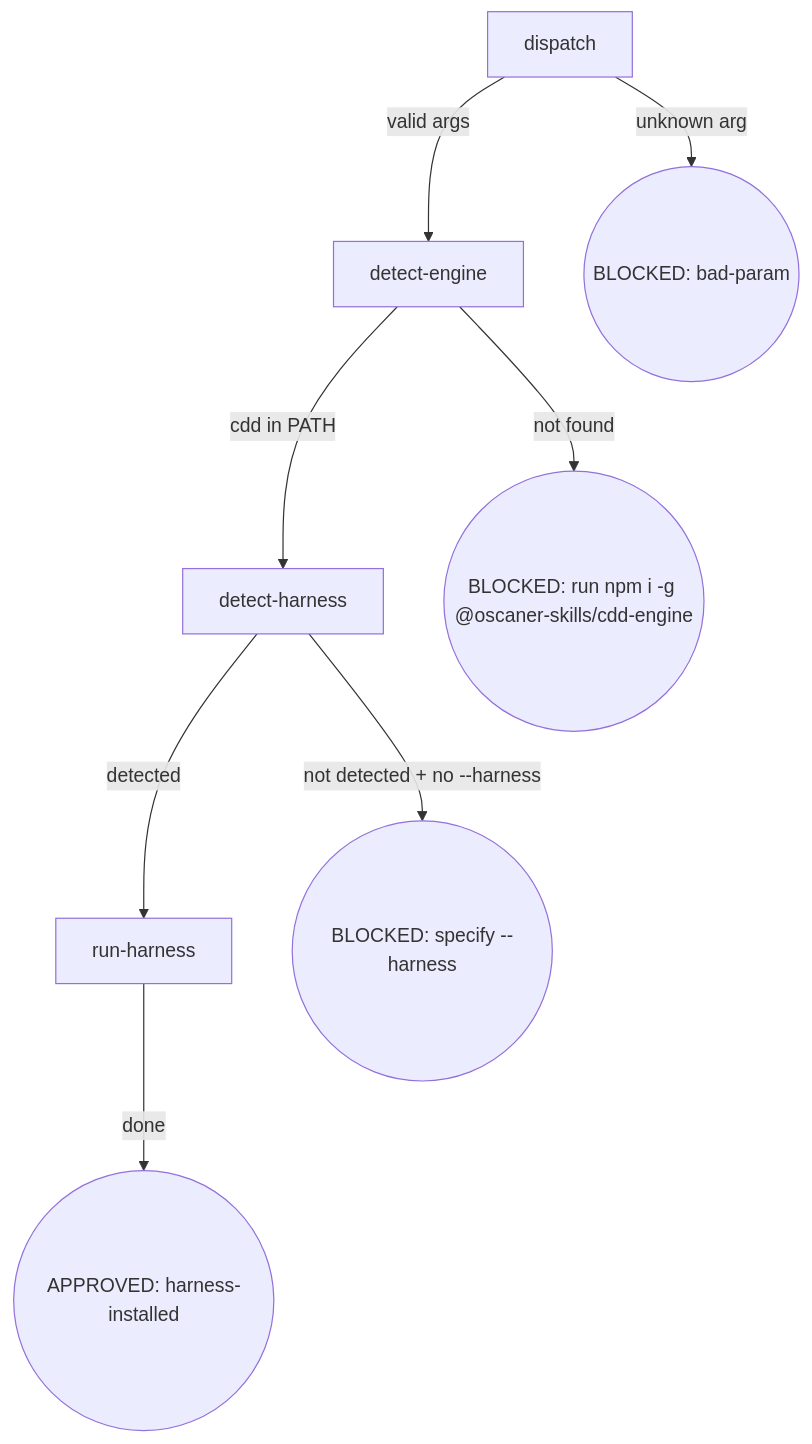
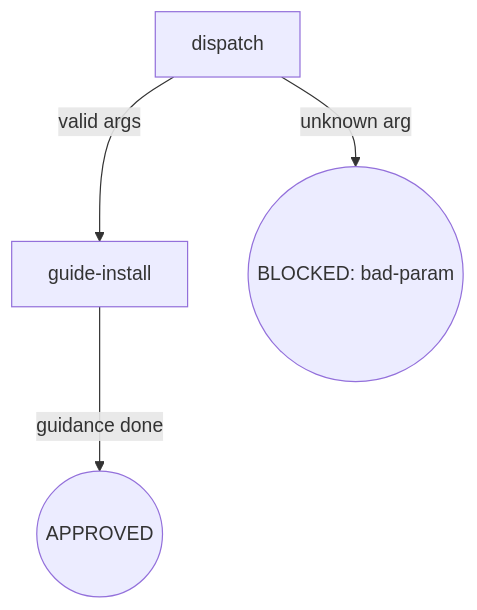
Before and after one commit to Oscaner/skills: the diagram in packages/osuperpowers/.agents/skills/osuperpowers/init/SKILL.md, drawn with Mermaid. The commit also changed other lines of this file and 29 other files, not shown here.

Commit message:
refactor(cdd-engine): remove harness selection/detection/install layers + converge registry to claude/cursor-agent

````diff
--- a/packages/osuperpowers/.agents/skills/osuperpowers/init/SKILL.md
+++ b/packages/osuperpowers/.agents/skills/osuperpowers/init/SKILL.md
@@ -8,10 +8,6 @@
 ```mermaid
 flowchart TD
-  D[dispatch] -->|valid args| E[detect-engine]
+  D[dispatch] -->|valid args| G[guide-install]
   D -->|unknown arg| Z1((BLOCKED: bad-param))
-  E -->|cdd in PATH| H[detect-harness]
-  E -->|not found| Z2((BLOCKED: run npm i -g @oscaner-skills/cdd-engine))
-  H -->|detected| R[run-harness]
-  H -->|not detected + no --harness| Z3((BLOCKED: specify --harness))
-  R -->|done| A((APPROVED: harness-installed))
+  G -->|guidance done| A((APPROVED))
 ```
````
